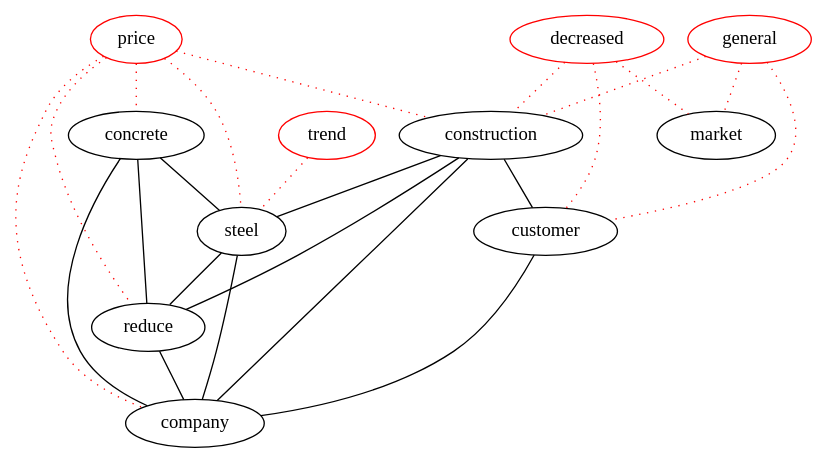
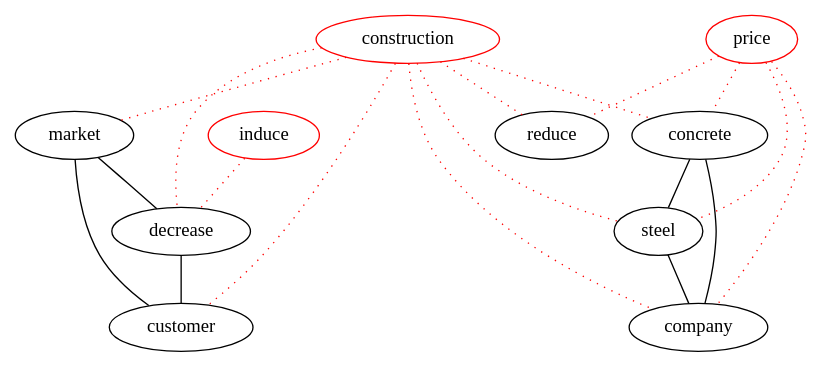
Before and after one commit to michaelweiss/keygraph: the diagram in dot/d2.dot, drawn with Graphviz. The commit also changed 5 other files, not shown here.

```diff
--- a/dot/d2.dot
+++ b/dot/d2.dot
@@ -1,36 +1,30 @@
 graph keygraph {
 graph [size="10,10"]
+customer [color="black"]
+concrete [color="black"]
+steel [color="black"]
+market [color="black"]
+decrease [color="black"]
 company [color="black"]
-reduce [color="black"]
-construction [color="black"]
-concrete [color="black"]
-customer [color="black"]
-steel [color="black"]
-trend [color="red"]
-general [color="red"]
-decreased [color="red"]
 price [color="red"]
-construction--steel
-construction--reduce
-construction--customer
-construction--company
-concrete--reduce
-steel--reduce
-customer--company
+construction [color="red"]
+induce [color="red"]
+market--decrease
+market--customer
+decrease--customer
 concrete--steel
 concrete--company
 steel--company
-reduce--company
-trend--steel [color="red", style="dotted"]
-general--market [color="red", style="dotted"]
-general--construction [color="red", style="dotted"]
-general--customer [color="red", style="dotted"]
-decreased--market [color="red", style="dotted"]
-decreased--construction [color="red", style="dotted"]
-decreased--customer [color="red", style="dotted"]
-price--company [color="red", style="dotted"]
+induce--decrease [color="red", style="dotted"]
 price--reduce [color="red", style="dotted"]
-price--construction [color="red", style="dotted"]
 price--concrete [color="red", style="dotted"]
 price--steel [color="red", style="dotted"]
+price--company [color="red", style="dotted"]
+construction--reduce [color="red", style="dotted"]
+construction--customer [color="red", style="dotted"]
+construction--concrete [color="red", style="dotted"]
+construction--steel [color="red", style="dotted"]
+construction--market [color="red", style="dotted"]
+construction--decrease [color="red", style="dotted"]
+construction--company [color="red", style="dotted"]
 }
```
